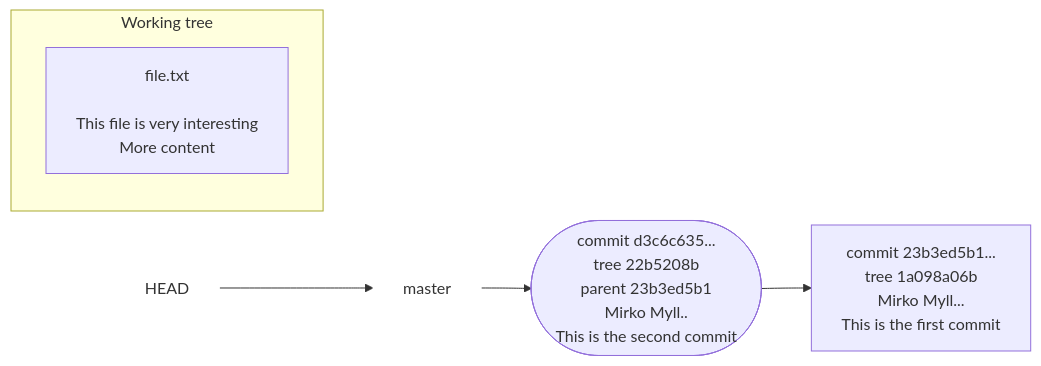
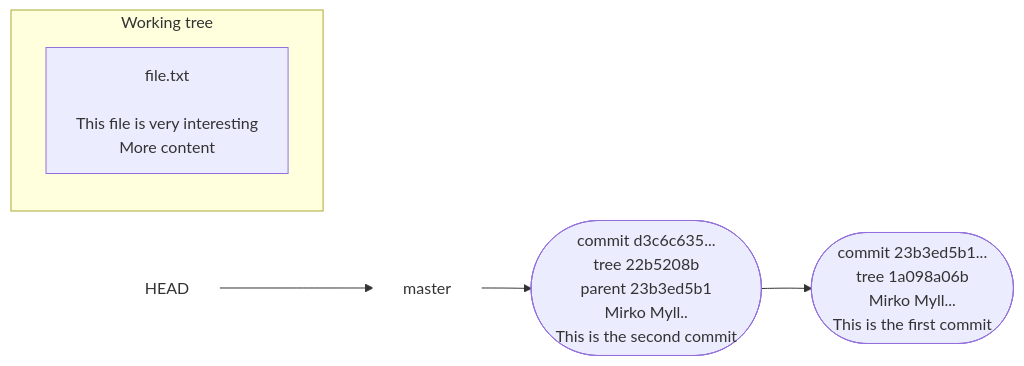
Before and after one commit to hpc2n/course-intro-git: diagram 18 of 26 in docs/basic-concepts.md, drawn with Mermaid.

Commit message:
Adding lecture 3

````diff
--- a/docs/basic-concepts.md
+++ b/docs/basic-concepts.md
@@ -1021,14 +1021,14 @@
 ```mermaid
 graph LR
   
   head["HEAD"]
   style head fill:#ffffff,stroke:#ffffff
   master["master"]
   style master fill:#ffffff,stroke:#ffffff
   
-  head --> master --> secondcommit(["commit d3c6c635...<br>tree 22b5208b<br>parent 23b3ed5b1<br>Mirko Myll..<br>This is the second commit"]) --> firstcommit["commit 23b3ed5b1...<br>tree 1a098a06b<br>Mirko Myll...<br>This is the first commit"]
+  head --> master --> secondcommit(["commit d3c6c635...<br>tree 22b5208b<br>parent 23b3ed5b1<br>Mirko Myll..<br>This is the second commit"]) --> firstcommit(["commit 23b3ed5b1...<br>tree 1a098a06b<br>Mirko Myll...<br>This is the first commit"])
   
   subgraph clusterworkingtree["Working tree"]
     clusterfile["file.txt<br><br>This file is very interesting<br>More content"]
   end
 ```
````
